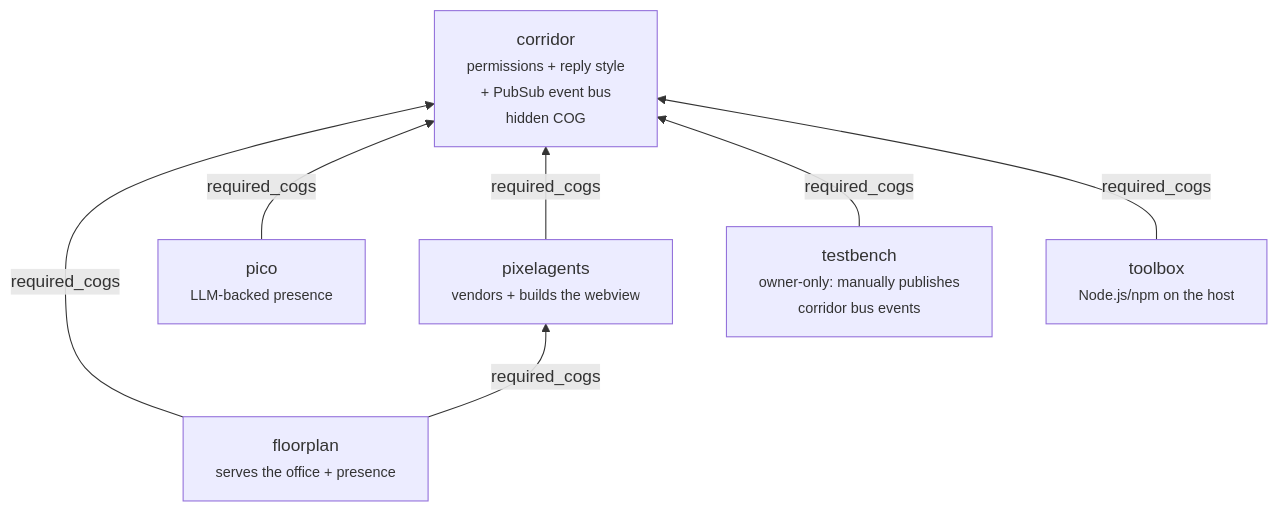
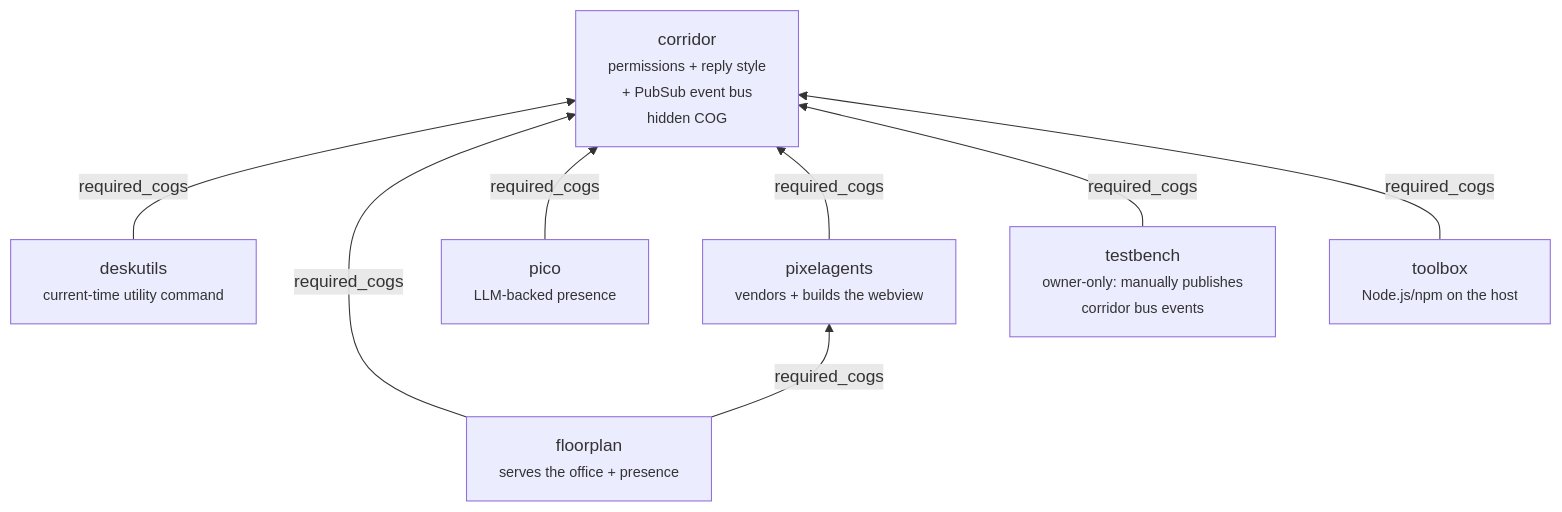
One commit to pixel-agents-hq/pixel-agents-cogs changed the first of 7 diagrams in docs/architecture.md. Above: the diagram before and after it, drawn with Mermaid. The commit also changed other lines of this file and 26 other files, not shown here.

First line of the commit message:
feat(deskutils): add a current-time utility cog

````diff
--- a/docs/architecture.md
+++ b/docs/architecture.md
@@ -25,16 +26,18 @@
 ```mermaid
 flowchart BT
     corridor["corridor<br/><small>permissions + reply style<br/>+ PubSub event bus</small><br/><small>hidden COG</small>"]
+    deskutils["deskutils<br/><small>current-time utility command</small>"]
     floorplan["floorplan<br/><small>serves the office + presence</small>"]
     pico["pico<br/><small>LLM-backed presence</small>"]
     pixelagents["pixelagents<br/><small>vendors + builds the webview</small>"]
     testbench["testbench<br/><small>owner-only: manually publishes<br/>corridor bus events</small>"]
     toolbox["toolbox<br/><small>Node.js/npm on the host</small>"]
 
+    deskutils -->|required_cogs| corridor
     floorplan -->|required_cogs| corridor
     pico -->|required_cogs| corridor
     pixelagents -->|required_cogs| corridor
     testbench -->|required_cogs| corridor
     toolbox -->|required_cogs| corridor
     floorplan -->|required_cogs| pixelagents
 ```
````
